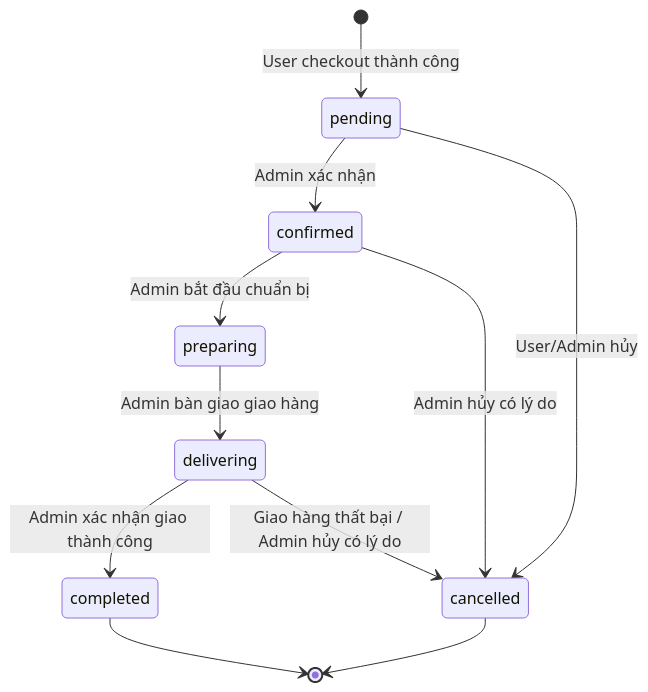
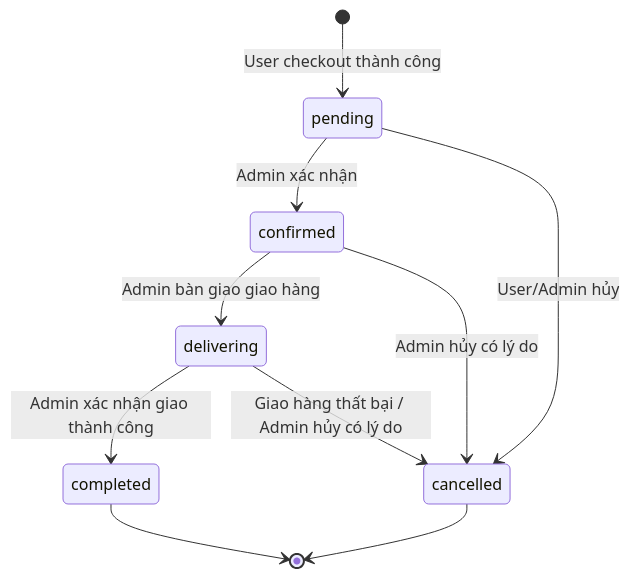
Before and after one commit to TranVanKhoa-503/food-order: the diagram in docs/ORDER_FLOW.md, drawn with Mermaid. The commit also changed other lines of this file and 36 other files, not shown here.

````diff
--- a/docs/ORDER_FLOW.md
+++ b/docs/ORDER_FLOW.md
@@ -22,18 +21,16 @@
 ```mermaid
 stateDiagram-v2
     [*] --> pending: User checkout thành công
 
     pending --> confirmed: Admin xác nhận
     pending --> cancelled: User/Admin hủy
 
-    confirmed --> preparing: Admin bắt đầu chuẩn bị
+    confirmed --> delivering: Admin bàn giao giao hàng
     confirmed --> cancelled: Admin hủy có lý do
-
-    preparing --> delivering: Admin bàn giao giao hàng
 
     delivering --> completed: Admin xác nhận giao thành công
     delivering --> cancelled: Giao hàng thất bại / Admin hủy có lý do
 
     completed --> [*]
     cancelled --> [*]
 ```
````
